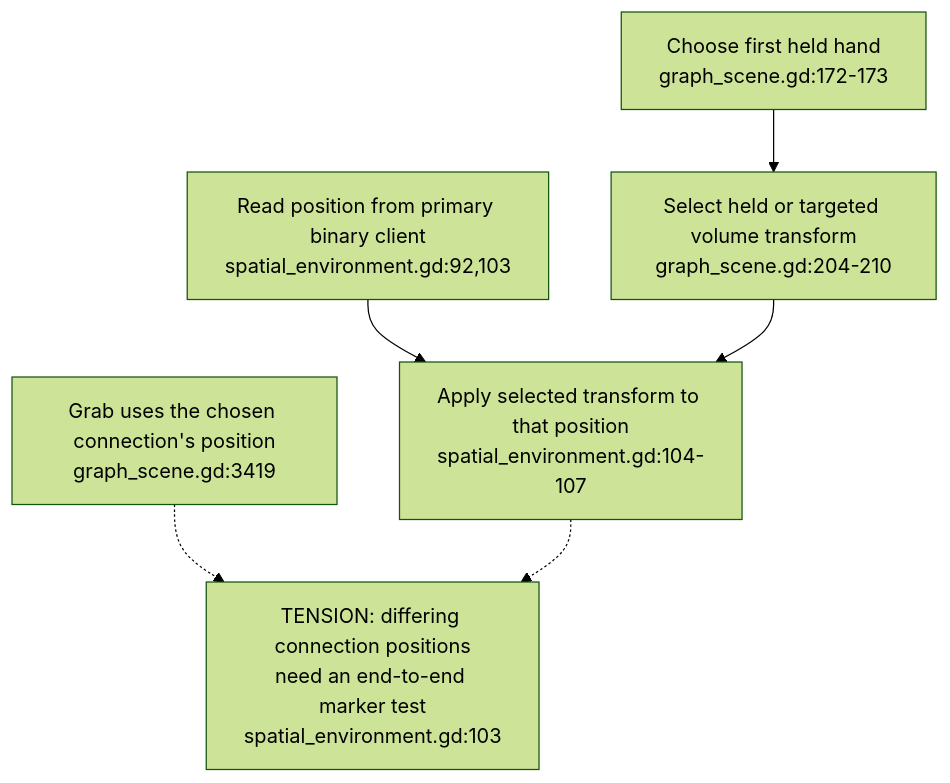
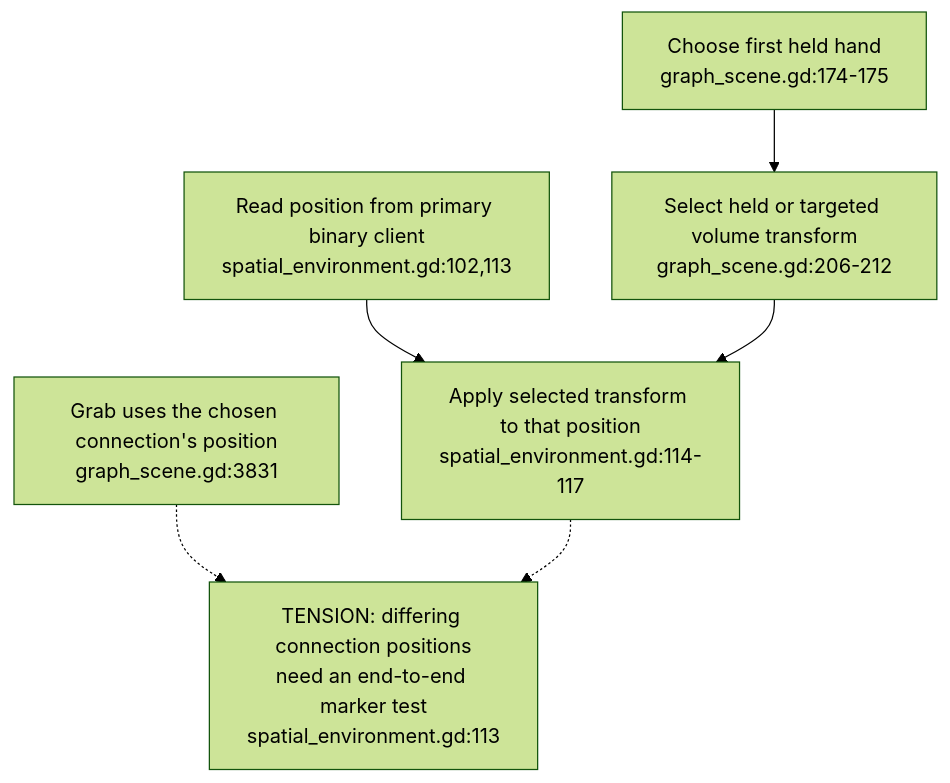
One commit to DreamLab-AI/VisionFlow changed the fifth of 7 diagrams in docs/diagrams/visionclaw/52-drag-holds-and-observation-gates.md. Above: the diagram before and after it, drawn with Mermaid (forest theme). The commit also changed other lines of this file and 56 other files, not shown here.

First line of the commit message:
docs(diagrams): re-verify VisionClaw topics at ec785afa9, add VC-19/56/57 and the VisionClaw register

````diff
--- a/docs/diagrams/visionclaw/52-drag-holds-and-observation-gates.md
+++ b/docs/diagrams/visionclaw/52-drag-holds-and-observation-gates.md
@@ -106,8 +108,8 @@
 ```mermaid
 flowchart TD
-    HAND["Choose first held hand<br/>graph_scene.gd:172-173"] --> FRAME["Select held or targeted volume transform<br/>graph_scene.gd:204-210"]
-    PRIMARY["Read position from primary binary client<br/>spatial_environment.gd:92,103"] --> WORLD["Apply selected transform to that position<br/>spatial_environment.gd:104-107"]
+    HAND["Choose first held hand<br/>graph_scene.gd:174-175"] --> FRAME["Select held or targeted volume transform<br/>graph_scene.gd:206-212"]
+    PRIMARY["Read position from primary binary client<br/>spatial_environment.gd:102,113"] --> WORLD["Apply selected transform to that position<br/>spatial_environment.gd:114-117"]
     FRAME --> WORLD
-    GRAB["Grab uses the chosen connection's position<br/>graph_scene.gd:3419"] -.-> GAP["TENSION: differing connection positions<br/>need an end-to-end marker test<br/>spatial_environment.gd:103"]
+    GRAB["Grab uses the chosen connection's position<br/>graph_scene.gd:3831"] -.-> GAP["TENSION: differing connection positions<br/>need an end-to-end marker test<br/>spatial_environment.gd:113"]
     WORLD -.-> GAP
 ```
````
